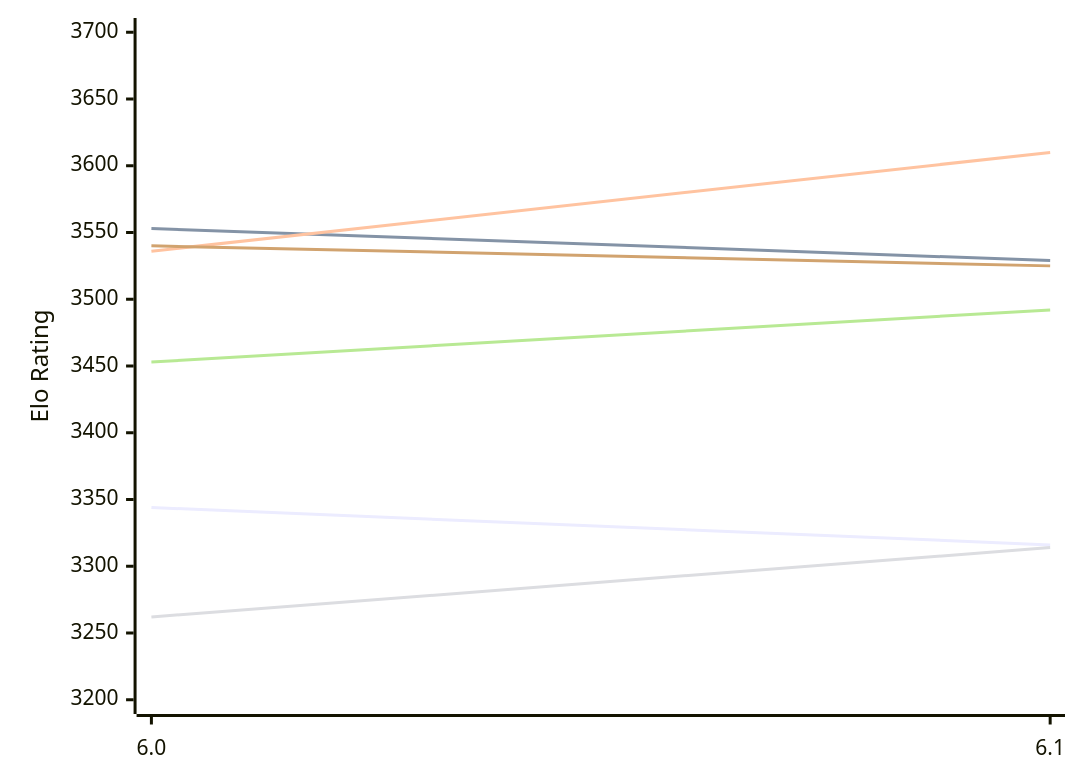
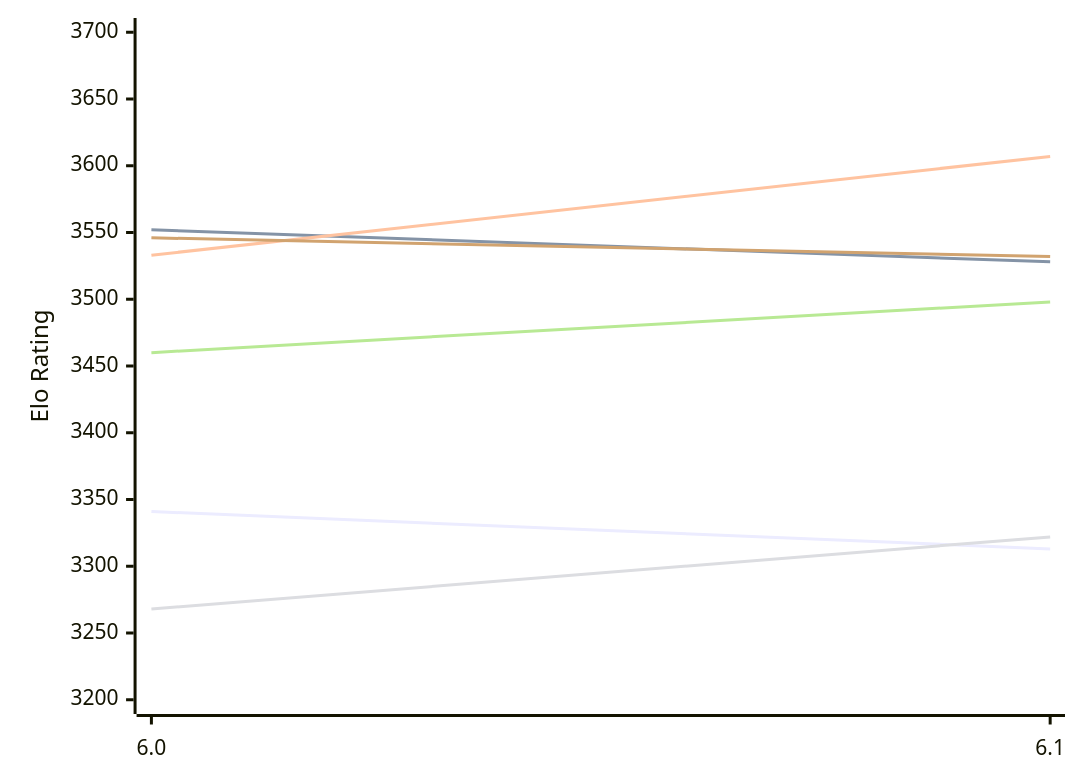
The first of 2 diagrams in engines/Starzix.md (computer-chess-index/cci), drawn with Mermaid before and after one commit. The commit also changed other lines of this file, not shown here.

Commit message:
Update CCI Ratings (ELO VLTC) - 2026-11-23

````diff
--- a/engines/Starzix.md
+++ b/engines/Starzix.md
@@ -51,12 +51,12 @@
 ```mermaid
 %%{init: {"theme":"base","themeVariables":{"seriesColors:['#a3a3a3','#222221','#faa371']}}}%%
 xychart-beta
   x-axis ["6.0", "6.1"]
   y-axis "Elo Rating" 3200 --> 3700
-  line "E1: STC (8.0+0.08s)" [3344, 3316]
-  line "E1: LTC (60.0+0.60s)" [3553, 3529]
-  line "E1: VLTC (2m24s+1.12s)" [3536, 3610]
-  line "P1: STC (8.0+0.08s)" [3262, 3314]
-  line "P1: LTC (60.0+0.60s)" [3453, 3492]
-  line "P1: VLTC (2m24s+1.12s)" [3540, 3525]
+  line "E1: STC (8.0+0.08s)" [3341, 3313]
+  line "E1: LTC (60.0+0.60s)" [3552, 3528]
+  line "E1: VLTC (2m24s+1.12s)" [3533, 3607]
+  line "P1: STC (8.0+0.08s)" [3268, 3322]
+  line "P1: LTC (60.0+0.60s)" [3460, 3498]
+  line "P1: VLTC (2m24s+1.12s)" [3546, 3532]
 ```
````
